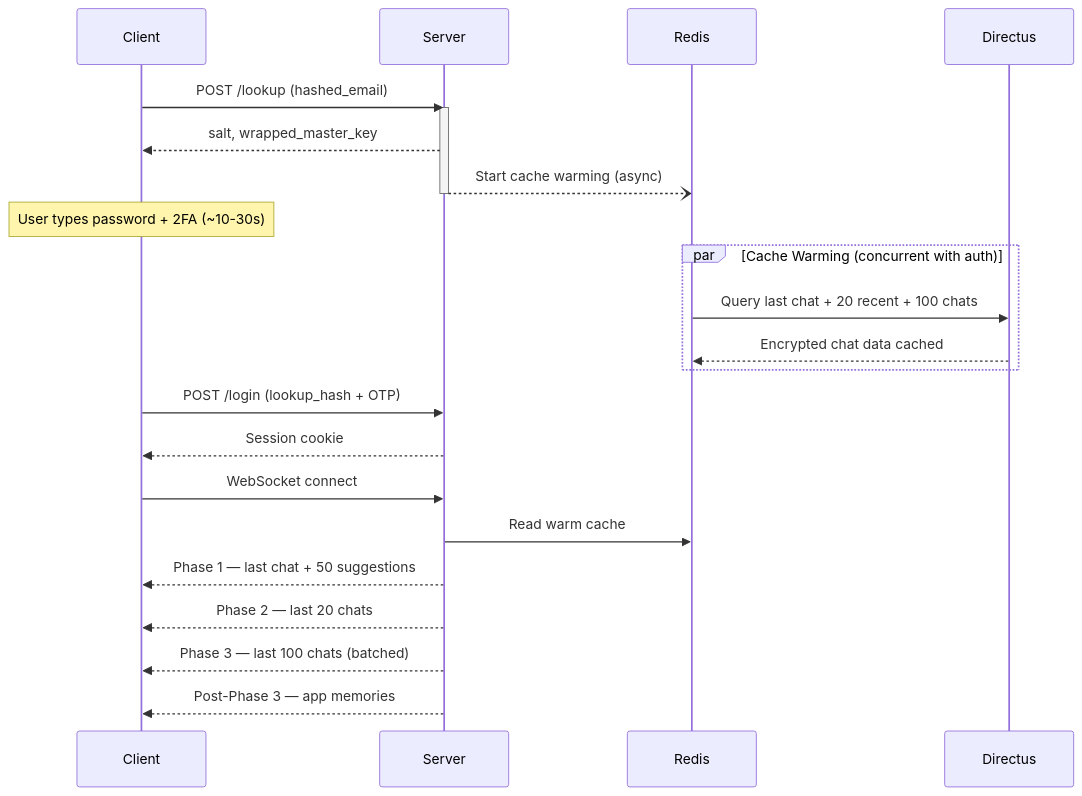
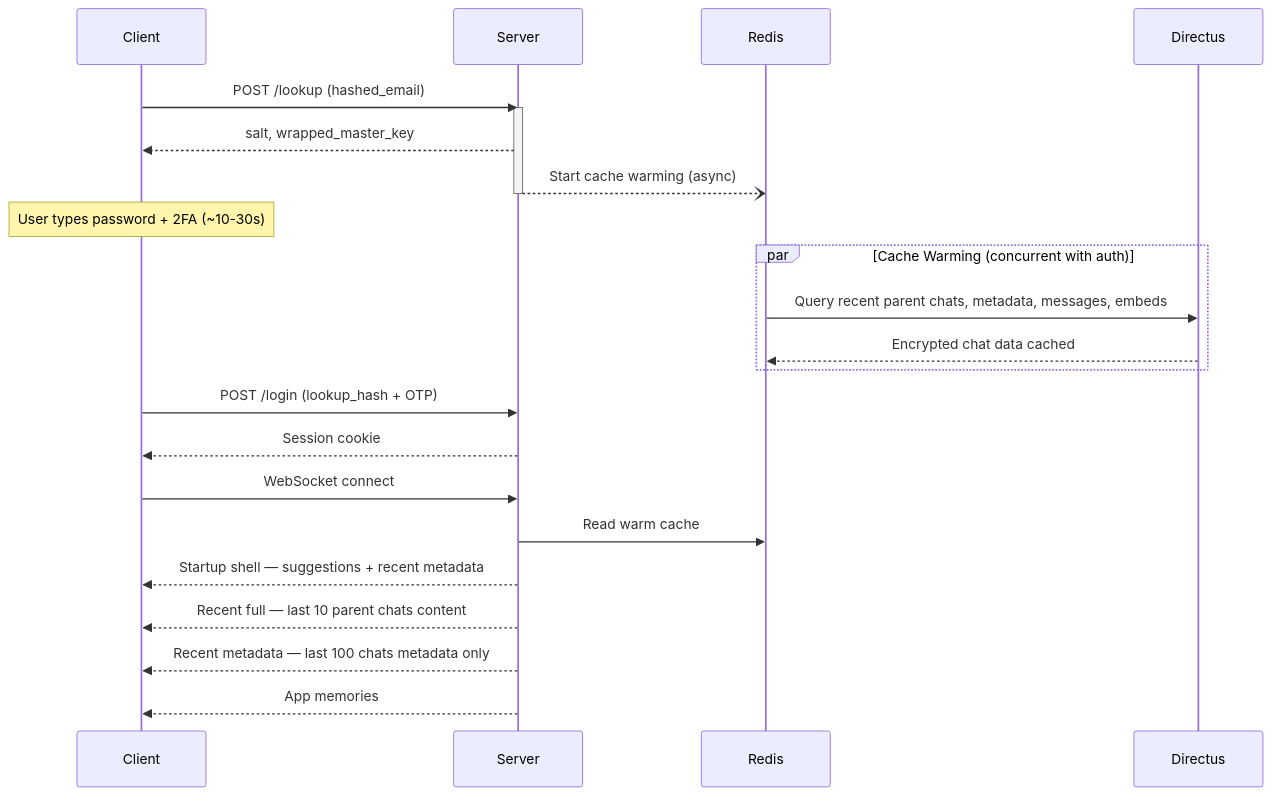
Before and after one commit to glowingkitty/OpenMates: the diagram in docs/architecture/data/sync.md, drawn with Mermaid. The commit also changed other lines of this file and 8 other files, not shown here.

First line of the commit message:
fix: bound startup chat sync

````diff
--- a/docs/architecture/data/sync.md
+++ b/docs/architecture/data/sync.md
@@ -32,30 +32,30 @@
 ```mermaid
 sequenceDiagram
     participant C as Client
     participant S as Server
     participant R as Redis
     participant D as Directus
 
     C->>S: POST /lookup (hashed_email)
     activate S
     S-->>C: salt, wrapped_master_key
     S--)R: Start cache warming (async)
     deactivate S
 
     Note over C: User types password + 2FA (~10-30s)
 
     par Cache Warming (concurrent with auth)
-        R->>D: Query last chat + 20 recent + 100 chats
+        R->>D: Query recent parent chats, metadata, messages, embeds
         D-->>R: Encrypted chat data cached
     end
 
     C->>S: POST /login (lookup_hash + OTP)
     S-->>C: Session cookie
 
     C->>S: WebSocket connect
     S->>R: Read warm cache
-    S-->>C: Phase 1 — last chat + 50 suggestions
-    S-->>C: Phase 2 — last 20 chats
-    S-->>C: Phase 3 — last 100 chats (batched)
-    S-->>C: Post-Phase 3 — app memories
+    S-->>C: Startup shell — suggestions + recent metadata
+    S-->>C: Recent full — last 10 parent chats content
+    S-->>C: Recent metadata — last 100 chats metadata only
+    S-->>C: App memories
 ```
````
